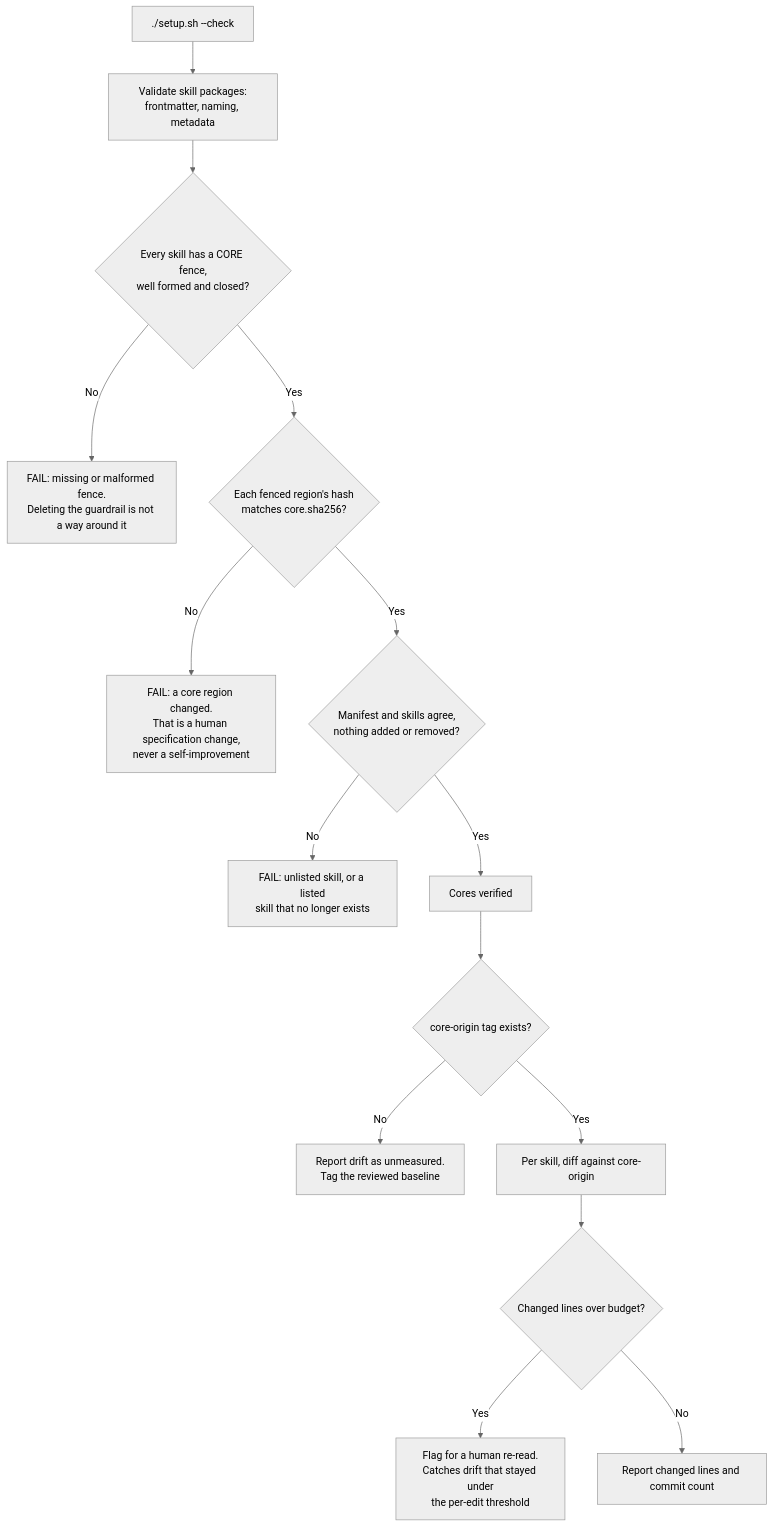
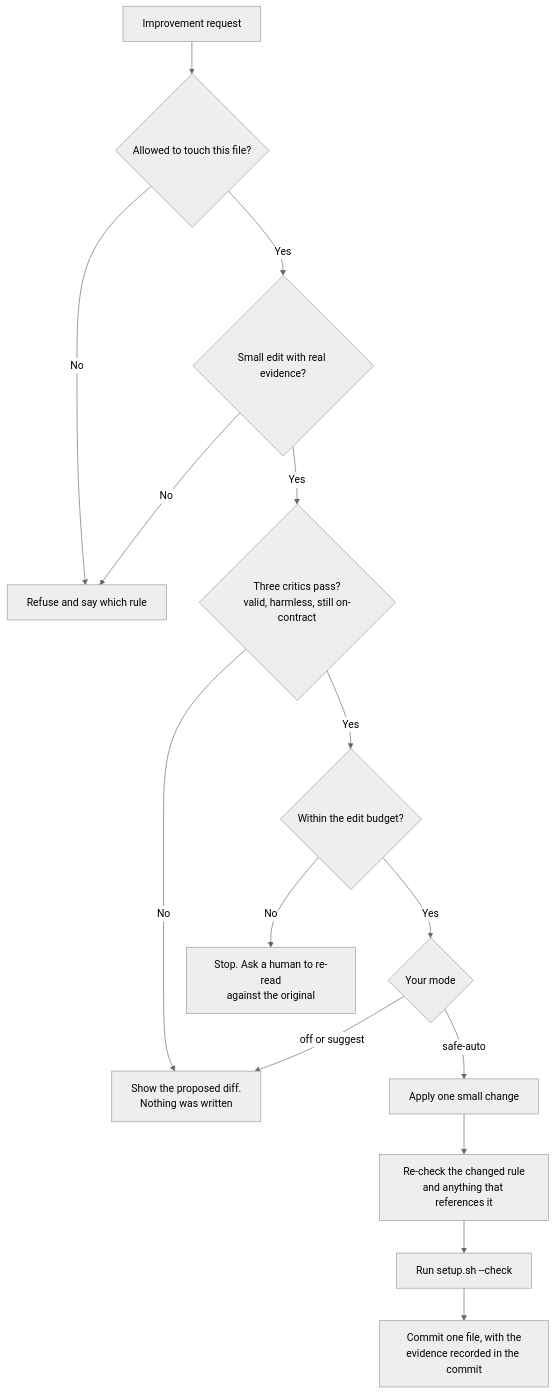
One commit to adhyayanrathi01/product-manager-os changed the fourth of 5 diagrams in docs/FLOWS.md. Above: the diagram before and after it, drawn with Mermaid (neutral theme). The commit also changed other lines of this file and 4 other files, not shown here.

First line of the commit message:
v0.4.1: rewrite FLOWS.md in plain language

````diff
--- a/docs/FLOWS.md
+++ b/docs/FLOWS.md
@@ -119,17 +97,17 @@
 ```mermaid
 flowchart TD
-    A["./setup.sh --check"] --> B["Validate skill packages:<br/>frontmatter, naming, metadata"]
-    B --> C{"Every skill has a CORE fence,<br/>well formed and closed?"}
-    C -->|No| D["FAIL: missing or malformed fence.<br/>Deleting the guardrail is not a way around it"]
-    C -->|Yes| E{"Each fenced region's hash<br/>matches core.sha256?"}
-    E -->|No| F["FAIL: a core region changed.<br/>That is a human specification change,<br/>never a self-improvement"]
-    E -->|Yes| G{"Manifest and skills agree,<br/>nothing added or removed?"}
-    G -->|No| H["FAIL: unlisted skill, or a listed<br/>skill that no longer exists"]
-    G -->|Yes| I["Cores verified"]
-    I --> J{"core-origin tag exists?"}
-    J -->|No| K["Report drift as unmeasured.<br/>Tag the reviewed baseline"]
-    J -->|Yes| L["Per skill, diff against core-origin"]
-    L --> M{"Changed lines over budget?"}
-    M -->|Yes| N["Flag for a human re-read.<br/>Catches drift that stayed under<br/>the per-edit threshold"]
-    M -->|No| O["Report changed lines and commit count"]
+    A[Improvement request] --> B{Allowed to touch this file?}
+    B -->|No| X[Refuse and say which rule]
+    B -->|Yes| C{Small edit with real evidence?}
+    C -->|No| X
+    C -->|Yes| D{Three critics pass?<br/>valid, harmless, still on-contract}
+    D -->|No| Y[Show the proposed diff.<br/>Nothing was written]
+    D -->|Yes| E{Within the edit budget?}
+    E -->|No| Z[Stop. Ask a human to re-read<br/>against the original]
+    E -->|Yes| F{Your mode}
+    F -->|"off or suggest"| Y
+    F -->|"safe-auto"| G[Apply one small change]
+    G --> H[Re-check the changed rule<br/>and anything that references it]
+    H --> I[Run setup.sh --check]
+    I --> J[Commit one file, with the<br/>evidence recorded in the commit]
 ```
````
